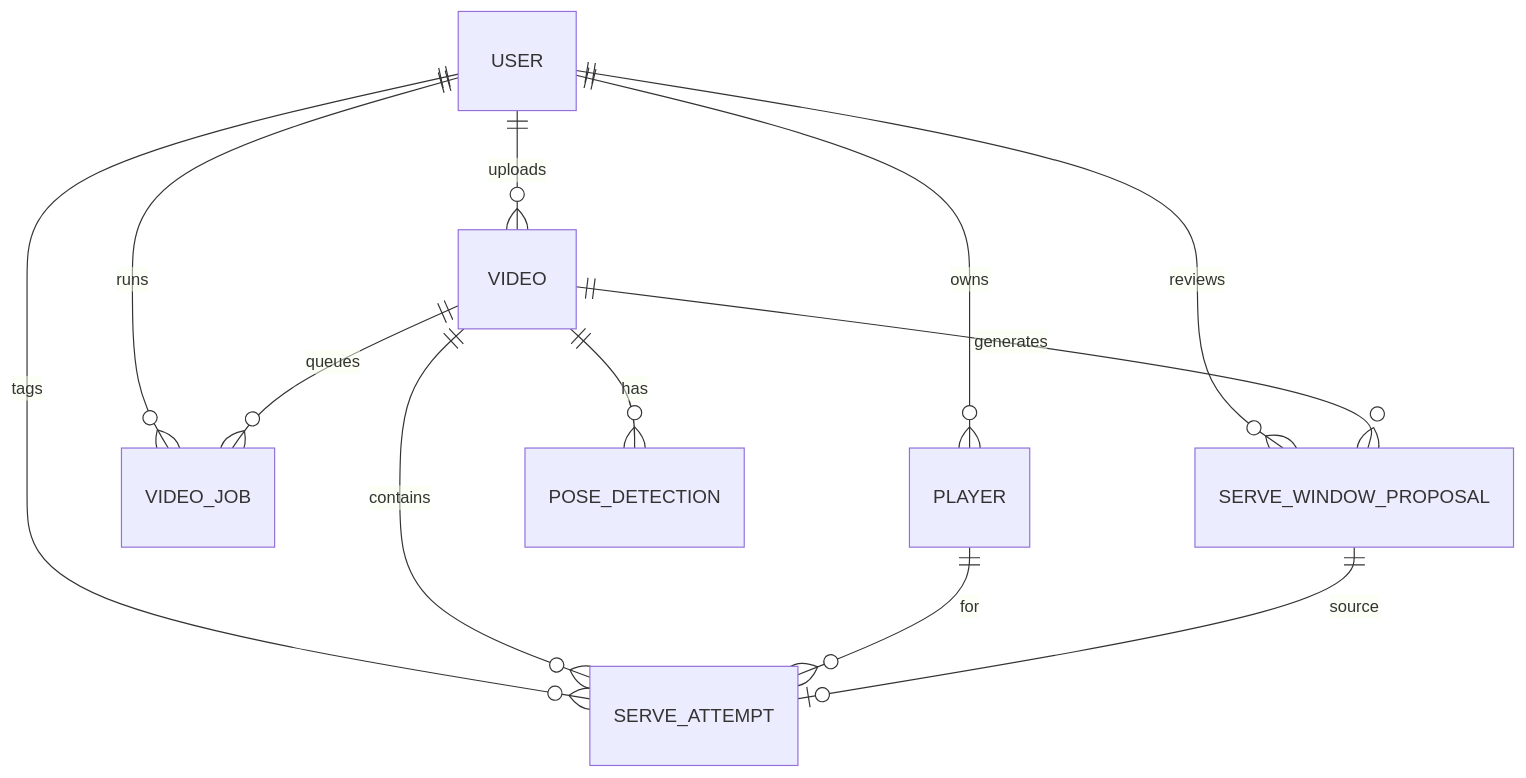
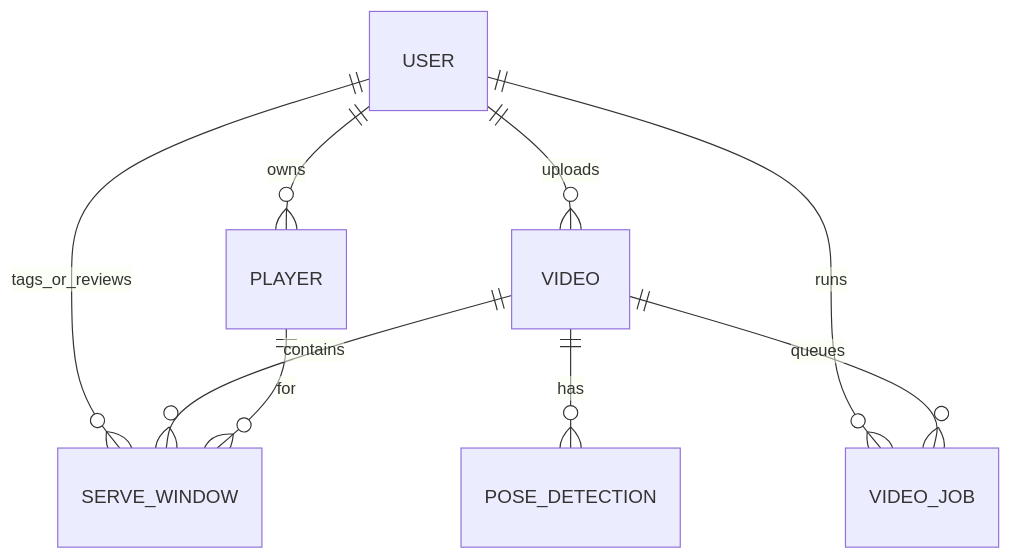
Before and after one commit to aseda-sam/tennis_coach_app: the first of 2 diagrams in project_docs/diagrams/db-relationships.md, drawn with Mermaid. The commit also changed other lines of this file and 5 other files, not shown here.

Commit message:
Update docs and diagrams to serve windows model

````diff
--- a/project_docs/diagrams/db-relationships.md
+++ b/project_docs/diagrams/db-relationships.md
@@ -7,16 +7,13 @@
 ```mermaid
 erDiagram
   USER ||--o{ PLAYER : owns
   USER ||--o{ VIDEO : uploads
   USER ||--o{ VIDEO_JOB : runs
-  USER ||--o{ SERVE_ATTEMPT : tags
-  USER ||--o{ SERVE_WINDOW_PROPOSAL : reviews
+  USER ||--o{ SERVE_WINDOW : tags_or_reviews
 
   VIDEO ||--o{ POSE_DETECTION : has
-  VIDEO ||--o{ SERVE_ATTEMPT : contains
-  VIDEO ||--o{ SERVE_WINDOW_PROPOSAL : generates
+  VIDEO ||--o{ SERVE_WINDOW : contains
   VIDEO ||--o{ VIDEO_JOB : queues
 
-  PLAYER ||--o{ SERVE_ATTEMPT : for
-  SERVE_WINDOW_PROPOSAL ||--o| SERVE_ATTEMPT : source
+  PLAYER ||--o{ SERVE_WINDOW : for
 ```
````
